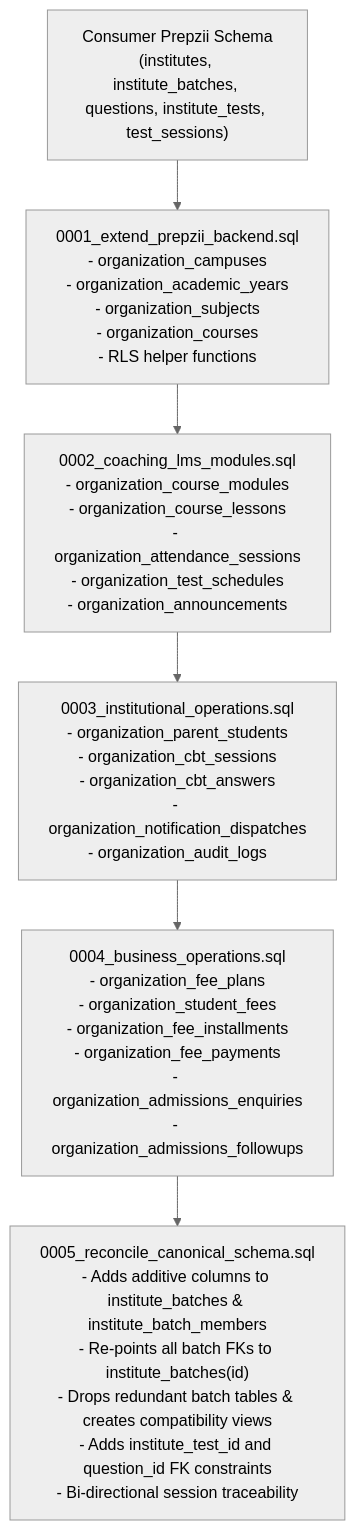
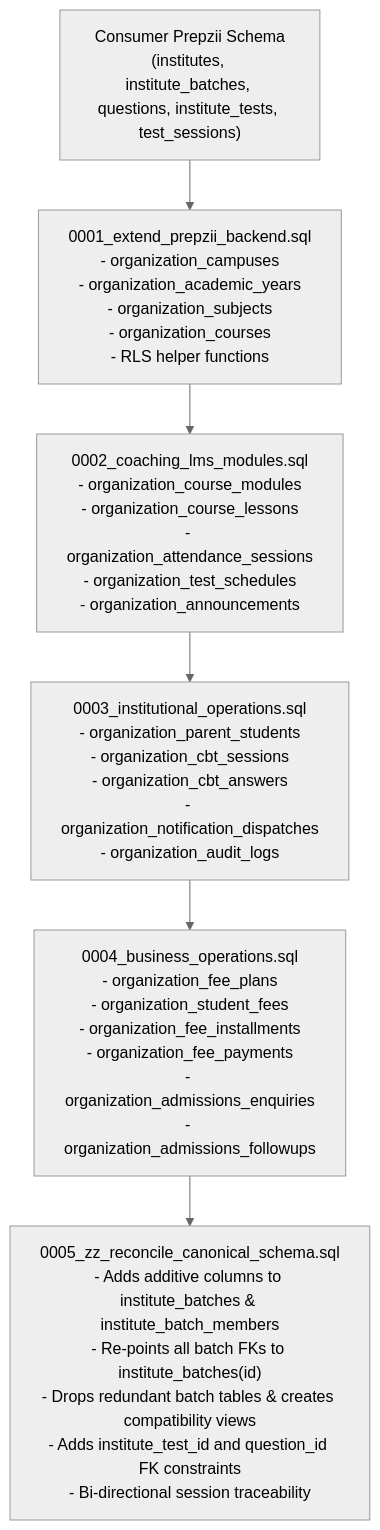
Before and after one commit to ateebfatmi/LMS-System: the diagram in docs/staging-migration-reconciliation.md, drawn with Mermaid (neutral theme). The commit also changed other lines of this file and 10 other files, not shown here.

````diff
--- a/docs/staging-migration-reconciliation.md
+++ b/docs/staging-migration-reconciliation.md
@@ -31,9 +31,9 @@
 ```mermaid
 flowchart TD
     Consumer["Consumer Prepzii Schema\n(institutes, institute_batches, questions, institute_tests, test_sessions)"] --> M0001
     M0001["0001_extend_prepzii_backend.sql\n- organization_campuses\n- organization_academic_years\n- organization_subjects\n- organization_courses\n- RLS helper functions"] --> M0002
     M0002["0002_coaching_lms_modules.sql\n- organization_course_modules\n- organization_course_lessons\n- organization_attendance_sessions\n- organization_test_schedules\n- organization_announcements"] --> M0003
     M0003["0003_institutional_operations.sql\n- organization_parent_students\n- organization_cbt_sessions\n- organization_cbt_answers\n- organization_notification_dispatches\n- organization_audit_logs"] --> M0004
     M0004["0004_business_operations.sql\n- organization_fee_plans\n- organization_student_fees\n- organization_fee_installments\n- organization_fee_payments\n- organization_admissions_enquiries\n- organization_admissions_followups"] --> M0005
-    M0005["0005_reconcile_canonical_schema.sql\n- Adds additive columns to institute_batches & institute_batch_members\n- Re-points all batch FKs to institute_batches(id)\n- Drops redundant batch tables & creates compatibility views\n- Adds institute_test_id and question_id FK constraints\n- Bi-directional session traceability"]
+    M0005["0005_zz_reconcile_canonical_schema.sql\n- Adds additive columns to institute_batches & institute_batch_members\n- Re-points all batch FKs to institute_batches(id)\n- Drops redundant batch tables & creates compatibility views\n- Adds institute_test_id and question_id FK constraints\n- Bi-directional session traceability"]
 ```
````
